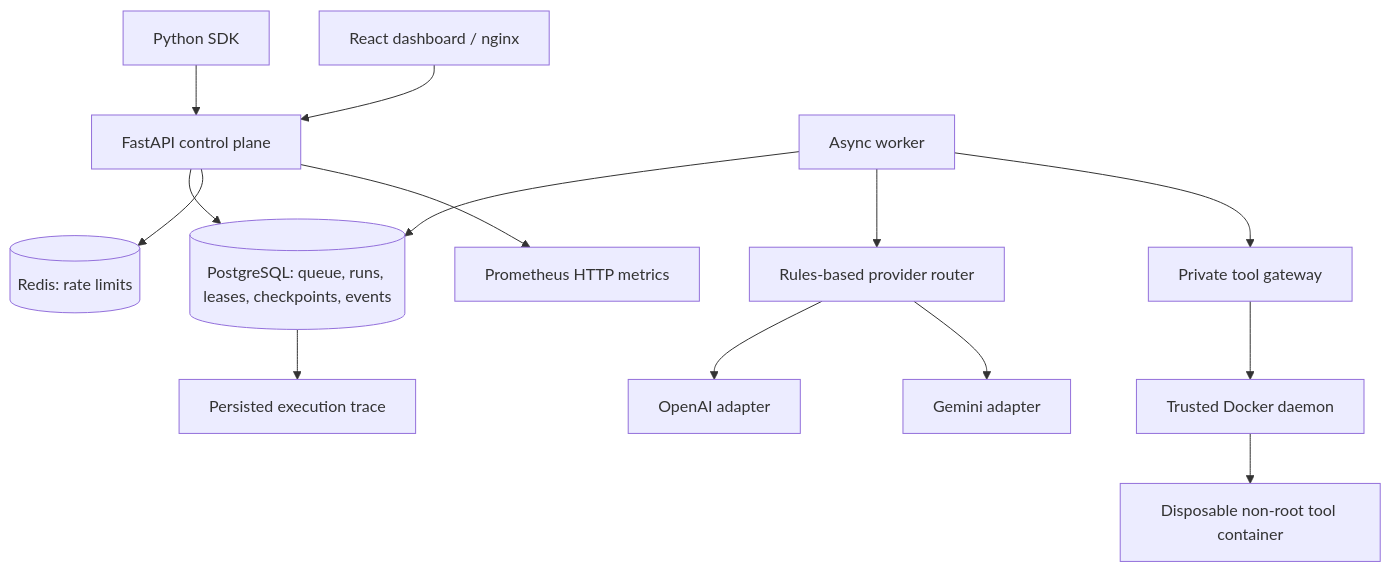
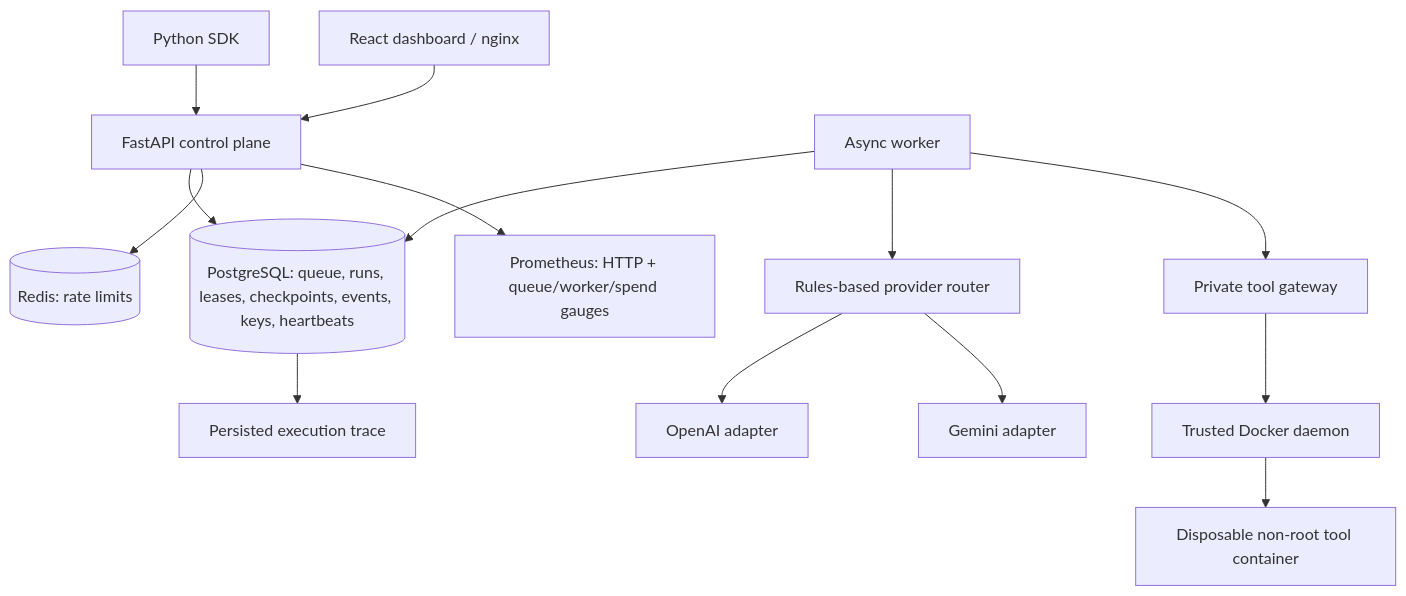
One commit to artignite3/agentforge changed the diagram in README.md. Above: the diagram before and after it, drawn with Mermaid. The commit also changed other lines of this file and 24 other files, not shown here.

````diff
--- a/README.md
+++ b/README.md
@@ -36,16 +38,16 @@
 ```mermaid
 flowchart TD
     SDK[Python SDK] --> API[FastAPI control plane]
     UI[React dashboard / nginx] --> API
-    API --> PG[(PostgreSQL: queue, runs, leases, checkpoints, events)]
+    API --> PG[(PostgreSQL: queue, runs, leases, checkpoints, events, keys, heartbeats)]
     API --> Redis[(Redis: rate limits)]
     Worker[Async worker] --> PG
     Worker --> Router[Rules-based provider router]
     Router --> OpenAI[OpenAI adapter]
     Router --> Gemini[Gemini adapter]
     Worker --> Gateway[Private tool gateway]
     Gateway --> Docker[Trusted Docker daemon]
     Docker --> Tool[Disposable non-root tool container]
-    API --> Metrics[Prometheus HTTP metrics]
+    API --> Metrics[Prometheus: HTTP + queue/worker/spend gauges]
     PG --> Trace[Persisted execution trace]
 ```
````
